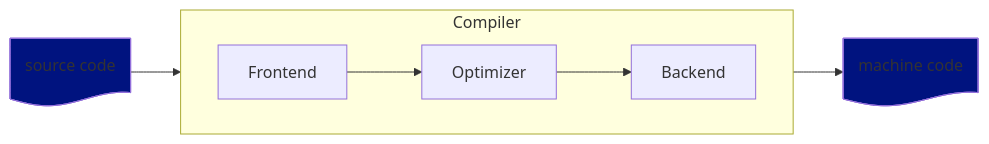
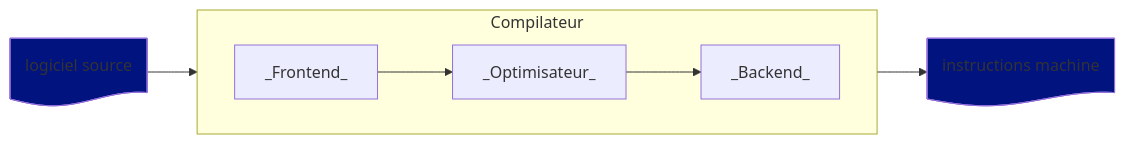
Before and after one commit to Pvlerick/DevDay2025: the ninth of 11 diagrams in slides.md, drawn with Mermaid. The commit also changed other lines of this file and 6 other files, not shown here.

````diff
--- a/slides.md
+++ b/slides.md
@@ -232,17 +245,17 @@
 ```mermaid
 flowchart LR
-    source@{ shape: doc, label: "source code"}
-    target@{ shape: doc, label: "machine code"}
-    subgraph compiler [Compiler]
+    source@{ shape: doc, label: "logiciel source"}
+    target@{ shape: doc, label: "instructions machine"}
+    subgraph compiler [Compilateur]
         direction LR
-        frontend["Frontend"]
-        optimizer["Optimizer"]
-        backend["Backend"]
+        frontend["_Frontend_"]
+        optimizer["_Optimisateur_"]
+        backend["_Backend_"]
         frontend --> optimizer
         optimizer --> backend
     end
     source --> compiler
     compiler --> target
     style source fill:#00137F
     style target fill:#00137F
 ```
````
